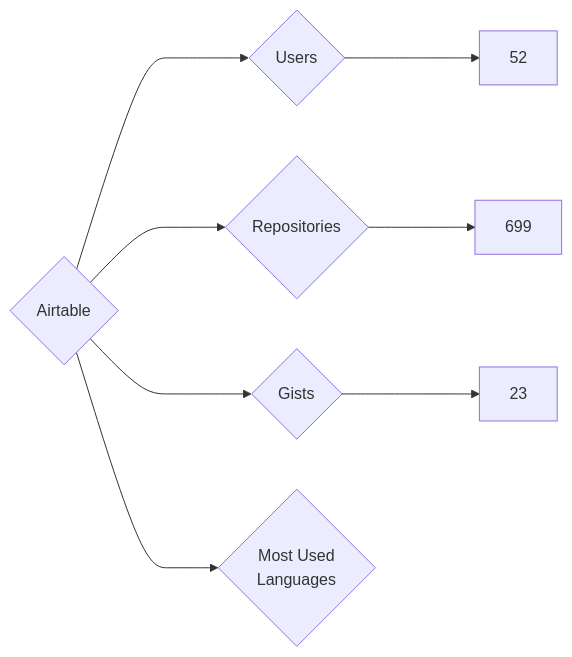
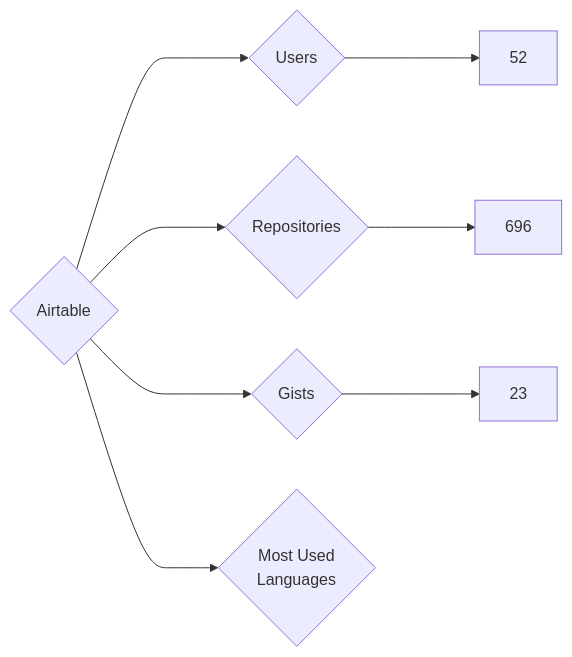
The diagram in targets/Airtable/README.md (nenadzaric/insiders), drawn with Mermaid before and after one commit. The commit also changed 21 other files, not shown here.

````diff
--- a/targets/Airtable/README.md
+++ b/targets/Airtable/README.md
@@ -3,8 +3,8 @@
 ```mermaid
 graph LR
 COMPANY_NAME{Airtable}
 COMPANY_NAME ---> U{Users} ---> UN[52]
-COMPANY_NAME ---> R{Repositories} ---> RN[699]
+COMPANY_NAME ---> R{Repositories} ---> RN[696]
 COMPANY_NAME ---> G{Gists} ---> GN[23]
 COMPANY_NAME ---> ML{Most Used<br>Languages}
 ```
````
